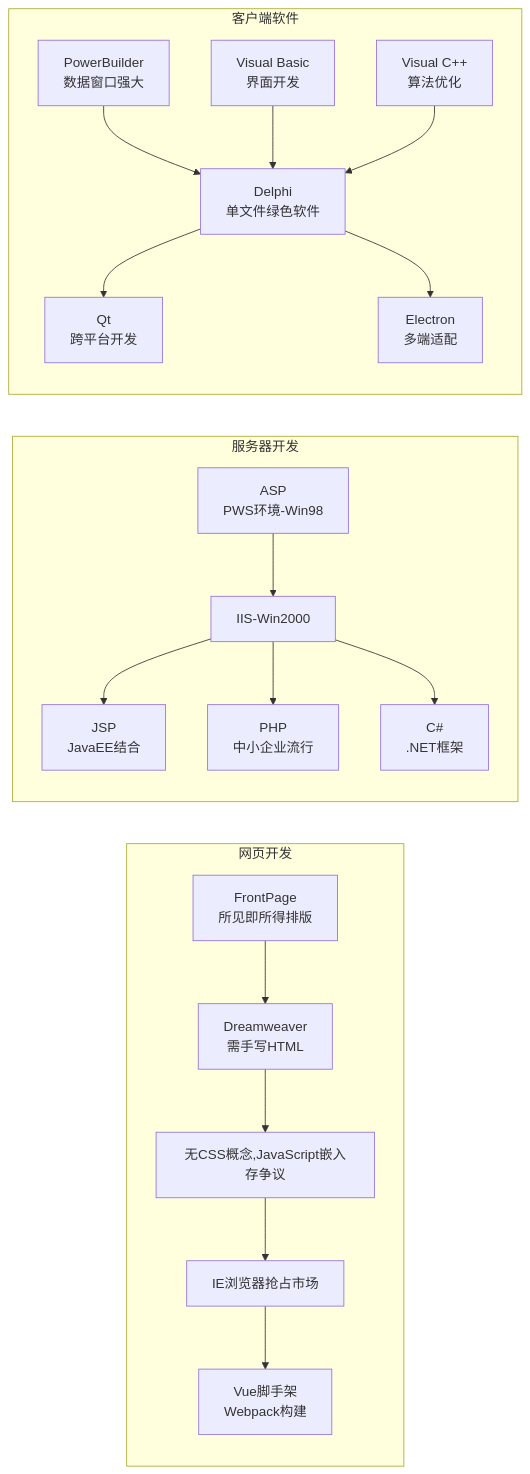
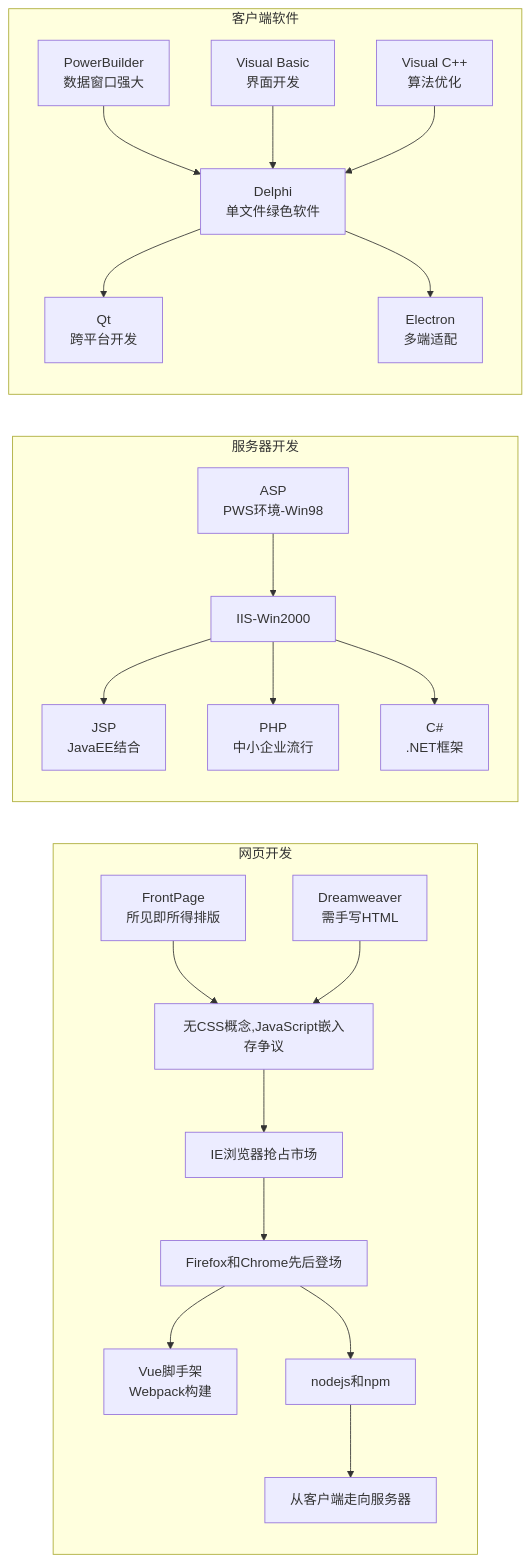
One commit to jycpp/jycpp.github.io changed the diagram in source/_posts/23-07-30-程序员往事-跨越时代的开发工具兴衰录.md. Above: the diagram before and after it, drawn with Mermaid. The commit also changed other lines of this file and 8 other files, not shown here.

Commit message:
增加新文章，补充部分图片

````diff
--- a/source/_posts/23-07-30-程序员往事-跨越时代的开发工具兴衰录.md
+++ b/source/_posts/23-07-30-程序员往事-跨越时代的开发工具兴衰录.md
@@ -29,22 +32,25 @@
 ```mermaid
 graph LR;
     subgraph 网页开发
-        A[FrontPage\n所见即所得排版] --> B[Dreamweaver\n需手写HTML]
-        B --> C[无CSS概念,JavaScript嵌入存争议]
-        C --> D[IE浏览器抢占市场]
-        D --> E[Vue脚手架\nWebpack构建]
+        A[FrontPage\n所见即所得排版] --> C[无CSS概念,JavaScript嵌入存争议]
+        B[Dreamweaver\n需手写HTML] --> C
+        C --> D[IE浏览器抢占市场]        
+        D --> E[Firefox和Chrome先后登场]
+        E --> S[Vue脚手架\nWebpack构建]
+        E --> Q[nodejs和npm]
+        Q --> R[从客户端走向服务器]
     end
     subgraph 服务器开发
         F[ASP\nPWS环境-Win98] --> G[IIS-Win2000]
         G --> H[JSP\nJavaEE结合]
         G --> I[PHP\n中小企业流行]
         G --> J[C#\n.NET框架]
     end
     subgraph 客户端软件
         K[PowerBuilder\n数据窗口强大] --> L[Delphi\n单文件绿色软件]
         M[Visual Basic\n界面开发] --> L
         N[Visual C++\n算法优化] --> L
         L --> O[Qt\n跨平台开发]
         L --> P[Electron\n多端适配]
     end
 ```
````
